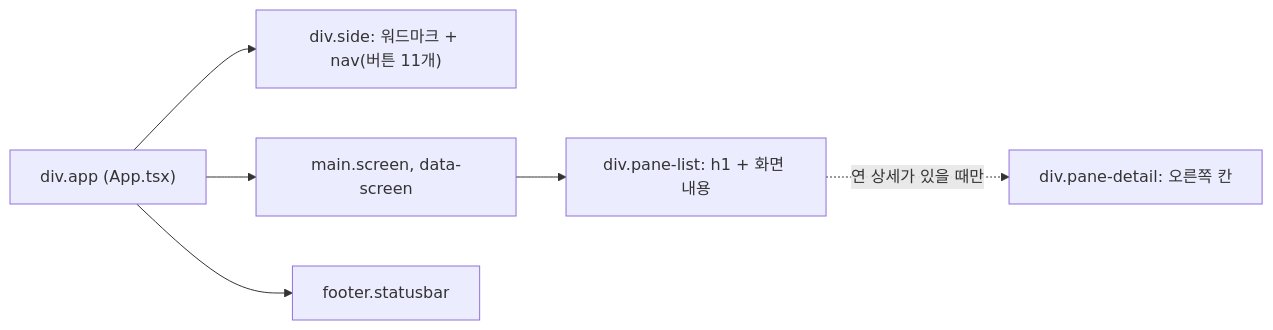
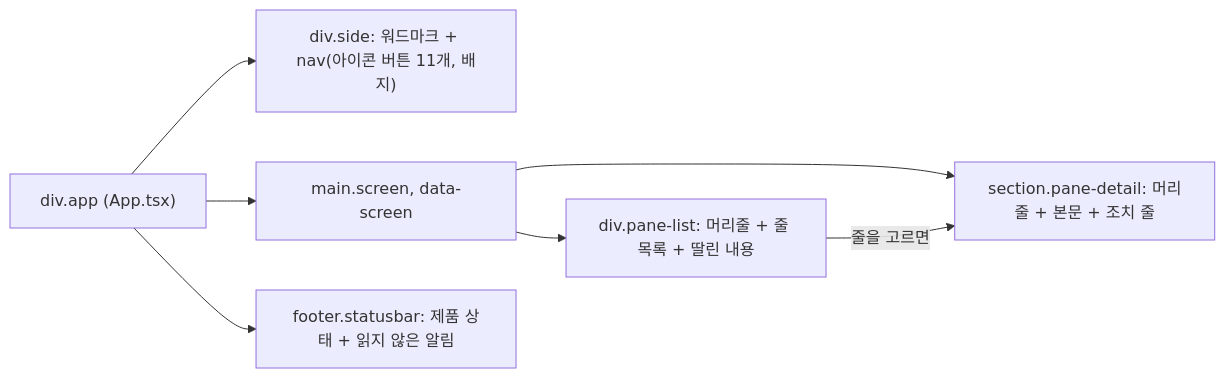
One commit to nohdol97/PKI changed the diagram in docs/specs/2026-11-24-UI01-ab-light-panes.md. Above: the diagram before and after it, drawn with Mermaid. The commit also changed other lines of this file, not shown here.

````diff
--- a/docs/specs/2026-11-24-UI01-ab-light-panes.md
+++ b/docs/specs/2026-11-24-UI01-ab-light-panes.md
@@ -66,8 +103,9 @@
 ```mermaid
 flowchart LR
-  App["div.app (App.tsx)"] --> Side["div.side: 워드마크 + nav(버튼 11개)"]
+  App["div.app (App.tsx)"] --> Side["div.side: 워드마크 + nav(아이콘 버튼 11개, 배지)"]
   App --> Main["main.screen, data-screen"]
-  App --> Status["footer.statusbar"]
-  Main --> List["div.pane-list: h1 + 화면 내용"]
-  List -. "연 상세가 있을 때만" .-> Detail["div.pane-detail: 오른쪽 칸"]
+  App --> Status["footer.statusbar: 제품 상태 + 읽지 않은 알림"]
+  Main --> List["div.pane-list: 머리줄 + 줄 목록 + 딸린 내용"]
+  Main --> Detail["section.pane-detail: 머리줄 + 본문 + 조치 줄"]
+  List -- "줄을 고르면" --> Detail
 ```
````
